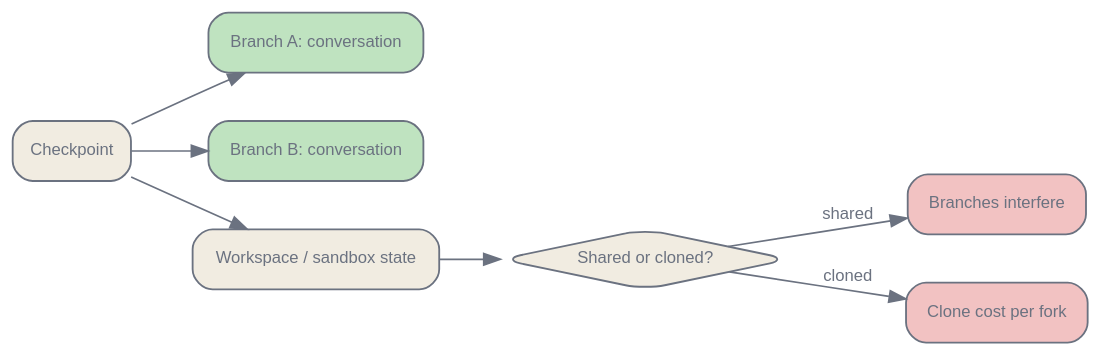
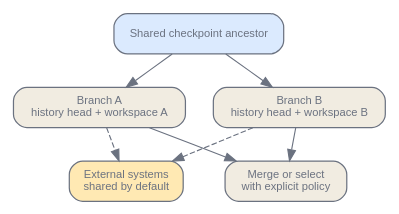
Before and after one commit to latere-ai/ai-as-an-infrastructure: the third of 4 diagrams in en/orchestration/03-memory-systems.qmd, drawn with Graphviz. The commit also changed other lines of this file and 4 other files, not shown here.

Commit message:
docs: rewrite memory systems

````diff
--- a/en/orchestration/03-memory-systems.qmd
+++ b/en/orchestration/03-memory-systems.qmd
@@ -258,26 +242,25 @@
 ```{dot}
-//| label: fig-memory-branching
-//| fig-cap: "Forking conversation state is a cheap pointer operation, while the shared workspace forces a choice between interfering branches and per-fork clone cost."
+//| label: fig-memory-fork-bundle
+//| fig-cap: "A fork shares an immutable checkpoint ancestor while giving each branch isolated writable state. External systems stay shared unless explicitly cloned or namespaced."
 digraph {
     bgcolor="transparent";
-    rankdir=LR;
-    nodesep=0.4; ranksep=0.5;
+    rankdir=TB;
+    size="3.2,8.0";
+    nodesep=0.35; ranksep=0.42;
     node [shape=box, style="rounded,filled", fontname="Helvetica", fontsize=10, color="#6b7280", fontcolor="#6b7280", fillcolor="#f1ece1", penwidth=1.1];
-    edge [fontsize=10, fontname="Helvetica", color="#6b7280", fontcolor="#6b7280"];
+    edge [fontsize=9, fontname="Helvetica", color="#6b7280", fontcolor="#6b7280"];
 
-    CK [label="Checkpoint"];
-    B1 [label="Branch A: conversation", fillcolor="#bfe3c0"];
-    B2 [label="Branch B: conversation", fillcolor="#bfe3c0"];
-    W [label="Workspace / sandbox state"];
-    C [label="Shared or cloned?", shape=diamond];
-    RACE [label="Branches interfere", fillcolor="#f2c2c2"];
-    COST [label="Clone cost per fork", fillcolor="#f2c2c2"];
+    C [label="Shared checkpoint ancestor", fillcolor="#dbeafe"];
+    A [label="Branch A\nhistory head + workspace A"];
+    B [label="Branch B\nhistory head + workspace B"];
+    E [label="External systems\nshared by default", fillcolor="#ffe9b3"];
+    M [label="Merge or select\nwith explicit policy"];
 
-    CK -> B1;
-    CK -> B2;
-    CK -> W;
-    W -> C;
-    C -> RACE [label="shared"];
-    C -> COST [label="cloned"];
+    C -> A;
+    C -> B;
+    A -> E [style=dashed];
+    B -> E [style=dashed];
+    A -> M;
+    B -> M;
 }
 ```
````
